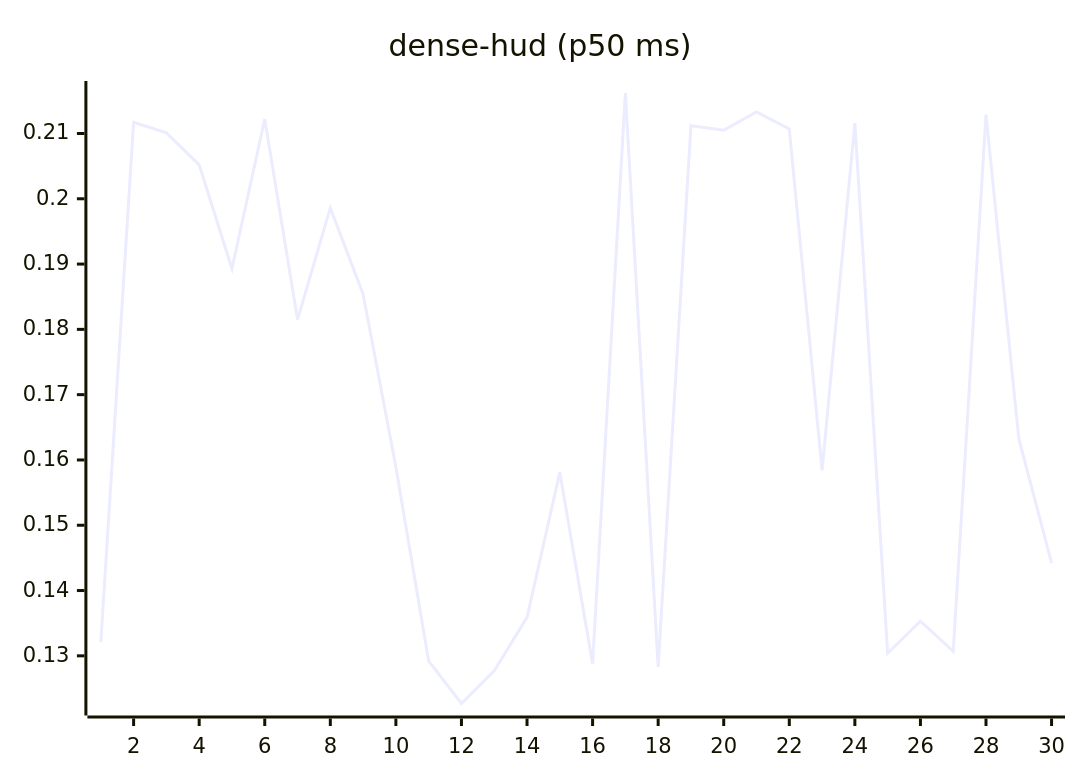
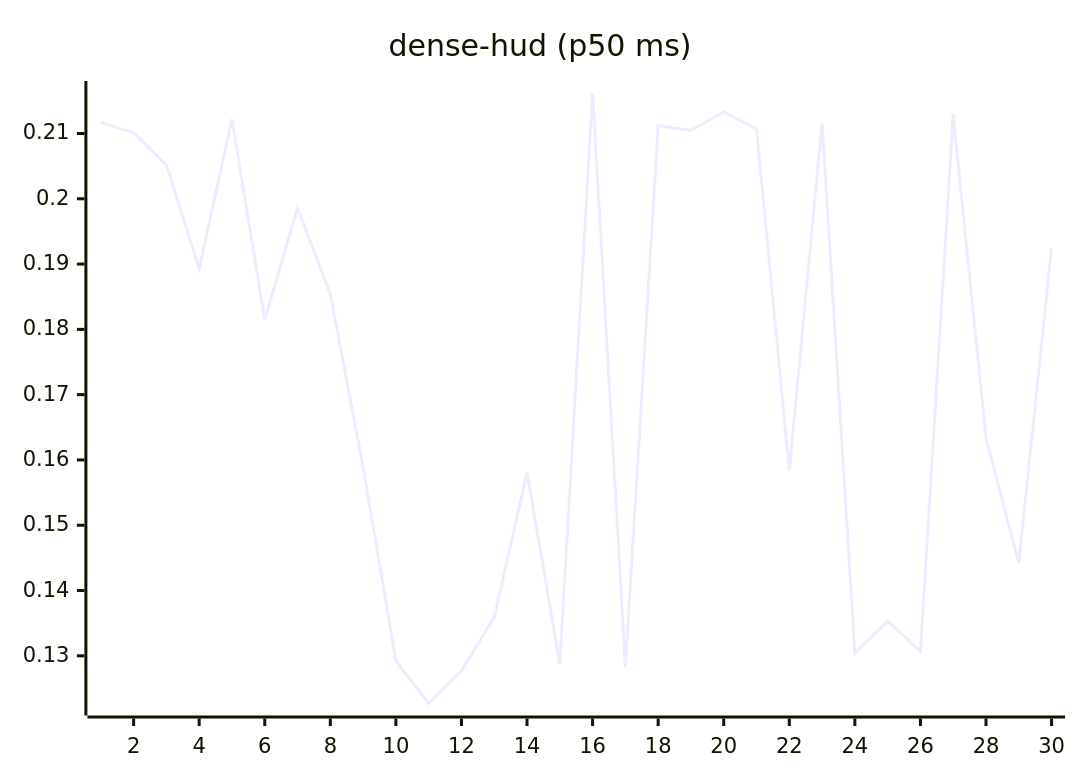
The eighth of 27 diagrams in README.md (josha/Facet), drawn with Mermaid before and after one commit. The commit also changed other lines of this file and 2 other files, not shown here.

````diff
--- a/README.md
+++ b/README.md
@@ -112,6 +112,6 @@
 ```mermaid
 xychart-beta
     title "dense-hud (p50 ms)"
     x-axis 1 --> 30
-    line [0.1321, 0.2117, 0.2101, 0.2052, 0.1893, 0.2122, 0.1815, 0.1986, 0.1854, 0.1589, 0.1292, 0.1227, 0.1277, 0.1359, 0.1581, 0.1288, 0.2162, 0.1283, 0.2112, 0.2105, 0.2133, 0.2107, 0.1584, 0.2116, 0.1304, 0.1353, 0.1307, 0.2129, 0.1633, 0.1442]
+    line [0.2117, 0.2101, 0.2052, 0.1893, 0.2122, 0.1815, 0.1986, 0.1854, 0.1589, 0.1292, 0.1227, 0.1277, 0.1359, 0.1581, 0.1288, 0.2162, 0.1283, 0.2112, 0.2105, 0.2133, 0.2107, 0.1584, 0.2116, 0.1304, 0.1353, 0.1307, 0.2129, 0.1633, 0.1442, 0.1925]
 ```
````
